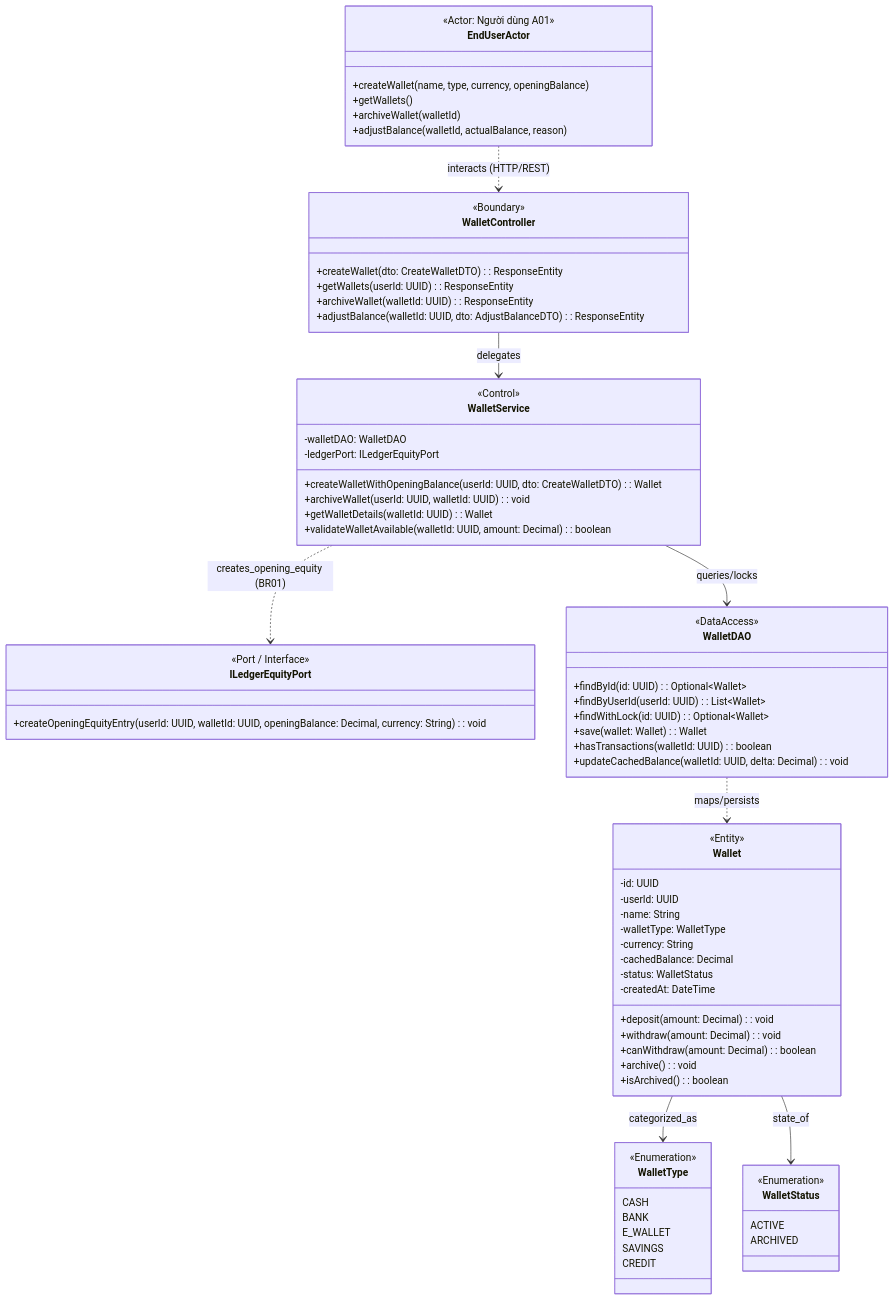
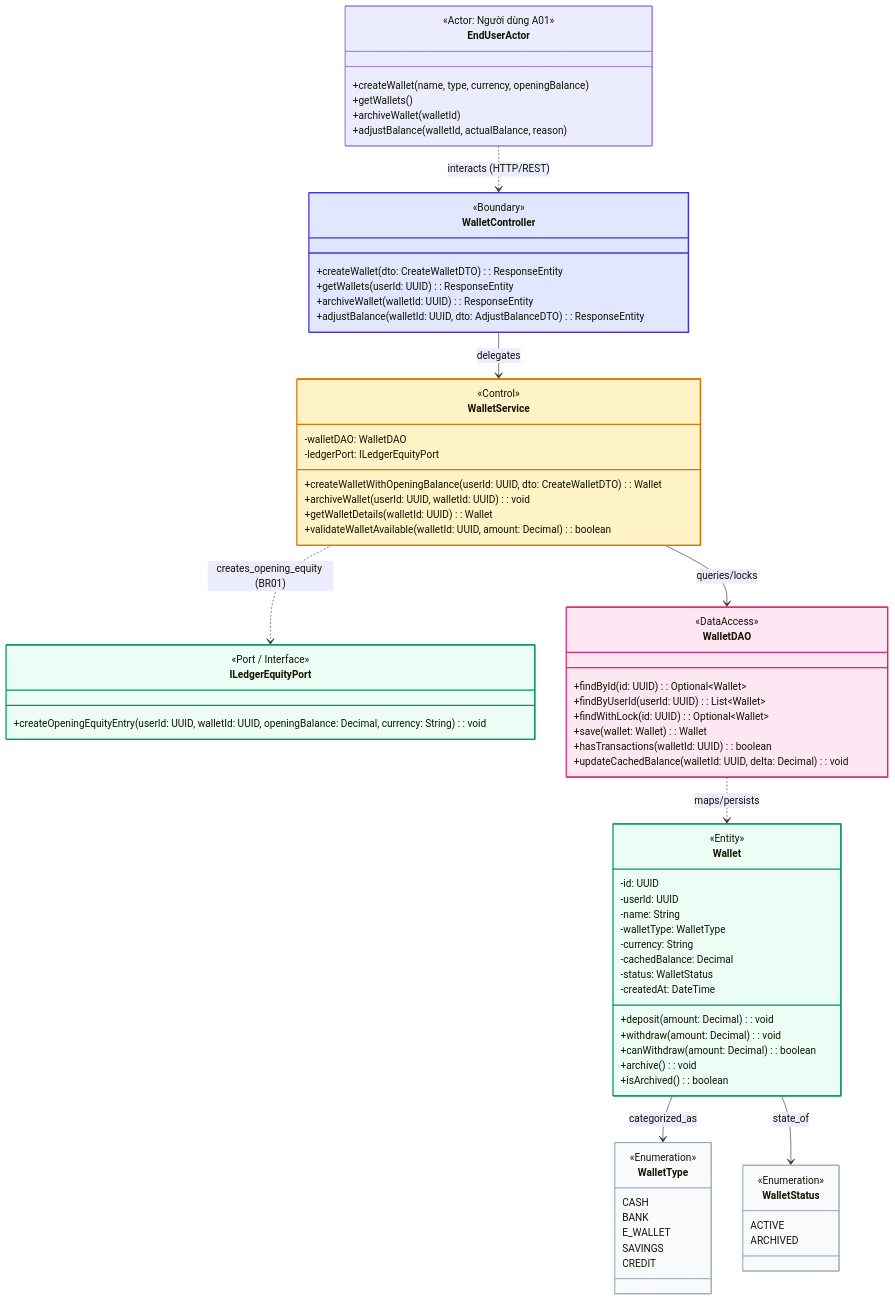
The diagram in docs/02_elaboration/uml_modeling/class_diagram/sources/cd02_wallet_management.mmd (huytothevoz/SE---Microfinance-Personal-Wealth-Expense-Tracker), drawn with Mermaid before and after one commit. The commit also changed 9 other files, not shown here.

Commit message:
docs(uml): apply uniform BCE+D color palette and styles to CD01-CD05

```diff
--- a/docs/02_elaboration/uml_modeling/class_diagram/sources/cd02_wallet_management.mmd
+++ b/docs/02_elaboration/uml_modeling/class_diagram/sources/cd02_wallet_management.mmd
@@ -1,101 +1,113 @@
 classDiagram
     direction TB
 
     %% ==========================================
     %% ACTORS (Tác nhân tương tác)
     %% ==========================================
     class EndUserActor {
         <<Actor: Người dùng A01>>
         +createWallet(name, type, currency, openingBalance)
         +getWallets()
         +archiveWallet(walletId)
         +adjustBalance(walletId, actualBalance, reason)
     }
 
     %% ==========================================
     %% BOUNDARY LAYER (Controllers)
     %% ==========================================
     class WalletController {
         <<Boundary>>
         +createWallet(dto: CreateWalletDTO): ResponseEntity
         +getWallets(userId: UUID): ResponseEntity
         +archiveWallet(walletId: UUID): ResponseEntity
         +adjustBalance(walletId: UUID, dto: AdjustBalanceDTO): ResponseEntity
     }
 
     %% ==========================================
     %% CONTROL LAYER (Services)
     %% ==========================================
     class WalletService {
         <<Control>>
         -walletDAO: WalletDAO
         -ledgerPort: ILedgerEquityPort
         +createWalletWithOpeningBalance(userId: UUID, dto: CreateWalletDTO): Wallet
         +archiveWallet(userId: UUID, walletId: UUID): void
         +getWalletDetails(walletId: UUID): Wallet
         +validateWalletAvailable(walletId: UUID, amount: Decimal): boolean
     }
 
     class ILedgerEquityPort {
         <<Port / Interface>>
         +createOpeningEquityEntry(userId: UUID, walletId: UUID, openingBalance: Decimal, currency: String): void
     }
 
     %% ==========================================
     %% DATA ACCESS LAYER (DAOs)
     %% ==========================================
     class WalletDAO {
         <<DataAccess>>
         +findById(id: UUID): Optional~Wallet~
         +findByUserId(userId: UUID): List~Wallet~
         +findWithLock(id: UUID): Optional~Wallet~
         +save(wallet: Wallet): Wallet
         +hasTransactions(walletId: UUID): boolean
         +updateCachedBalance(walletId: UUID, delta: Decimal): void
     }
 
     %% ==========================================
     %% DOMAIN ENTITIES & VALUE OBJECTS
     %% ==========================================
     class Wallet {
         <<Entity>>
         -id: UUID
         -userId: UUID
         -name: String
         -walletType: WalletType
         -currency: String
         -cachedBalance: Decimal
         -status: WalletStatus
         -createdAt: DateTime
         +deposit(amount: Decimal): void
         +withdraw(amount: Decimal): void
         +canWithdraw(amount: Decimal): boolean
         +archive(): void
         +isArchived(): boolean
     }
 
     class WalletType {
         <<Enumeration>>
         CASH
         BANK
         E_WALLET
         SAVINGS
         CREDIT
     }
 
     class WalletStatus {
         <<Enumeration>>
         ACTIVE
         ARCHIVED
     }
 
     %% ==========================================
     %% RELATIONSHIPS & INTERACTIONS
     %% ==========================================
     EndUserActor ..> WalletController : interacts (HTTP/REST)
     WalletController --> WalletService : delegates
     WalletService --> WalletDAO : queries/locks
     WalletService ..> ILedgerEquityPort : creates_opening_equity (BR01)
     WalletDAO ..> Wallet : maps/persists
     Wallet --> WalletType : categorized_as
     Wallet --> WalletStatus : state_of
+
+    %% ==========================================
+    %% STYLES & HIGHLIGHTS (BCE+D Color Palette)
+    %% ==========================================
+    style WalletController fill:#E0E7FF,stroke:#4338CA,stroke-width:2px
+    style WalletService fill:#FEF3C7,stroke:#D97706,stroke-width:2px
+    style ILedgerEquityPort fill:#ECFDF5,stroke:#059669,stroke-width:2px
+    style WalletDAO fill:#FCE7F3,stroke:#DB2777,stroke-width:2px
+    style Wallet fill:#ECFDF5,stroke:#059669,stroke-width:2px
+    style WalletBalanceAdjustmentVO fill:#F1F5F9,stroke:#64748B,stroke-width:1px
+    style WalletType fill:#F8FAFC,stroke:#94A3B8,stroke-width:1px
+    style WalletStatus fill:#F8FAFC,stroke:#94A3B8,stroke-width:1px
```
